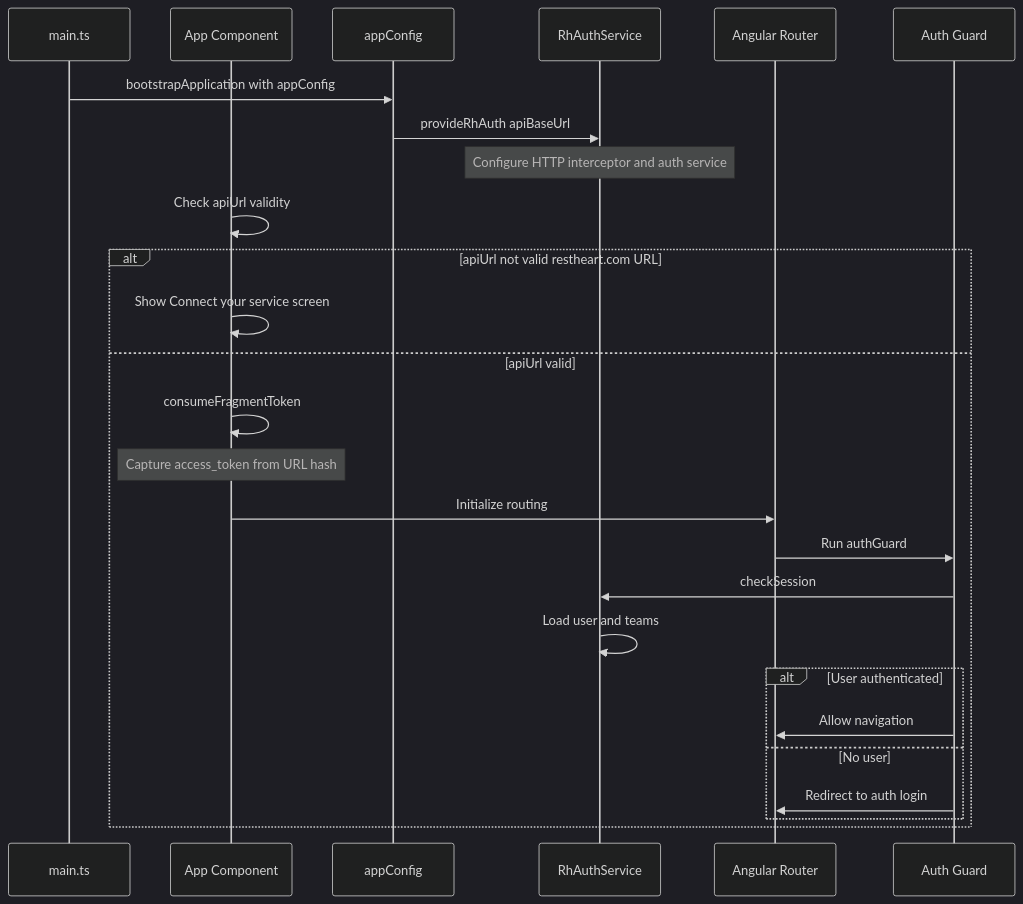
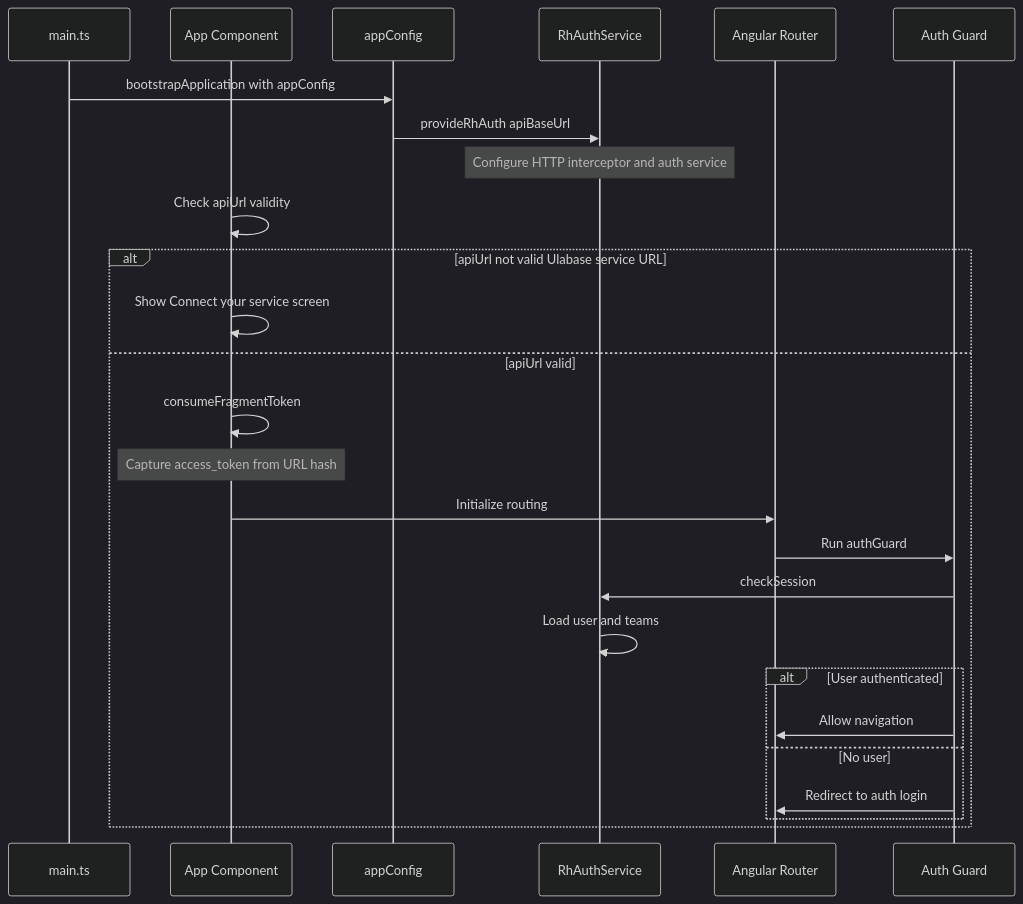
The second of 5 diagrams in openwiki/architecture.md (SoftInstigate/restheart-cloud-starter-ng), drawn with Mermaid (dark theme) before and after one commit. The commit also changed other lines of this file and 15 other files, not shown here.

````diff
--- a/openwiki/architecture.md
+++ b/openwiki/architecture.md
@@ -104,30 +104,30 @@
 ```mermaid
 sequenceDiagram
     participant Main as main.ts
     participant App as App Component
     participant Config as appConfig
     participant Auth as RhAuthService
     participant Router as Angular Router
     participant Guard as Auth Guard
     
     Main->>Config: bootstrapApplication with appConfig
     Config->>Auth: provideRhAuth apiBaseUrl
     Note over Auth: Configure HTTP interceptor and auth service
     
     App->>App: Check apiUrl validity
-    alt apiUrl not valid restheart.com URL
+    alt apiUrl not valid Ulabase service URL
         App->>App: Show Connect your service screen
     else apiUrl valid
         App->>App: consumeFragmentToken
         Note over App: Capture access_token from URL hash
         App->>Router: Initialize routing
         Router->>Guard: Run authGuard
         Guard->>Auth: checkSession
         Auth->>Auth: Load user and teams
         alt User authenticated
             Guard->>Router: Allow navigation
         else No user
             Guard->>Router: Redirect to auth login
         end
     end
 ```
````
